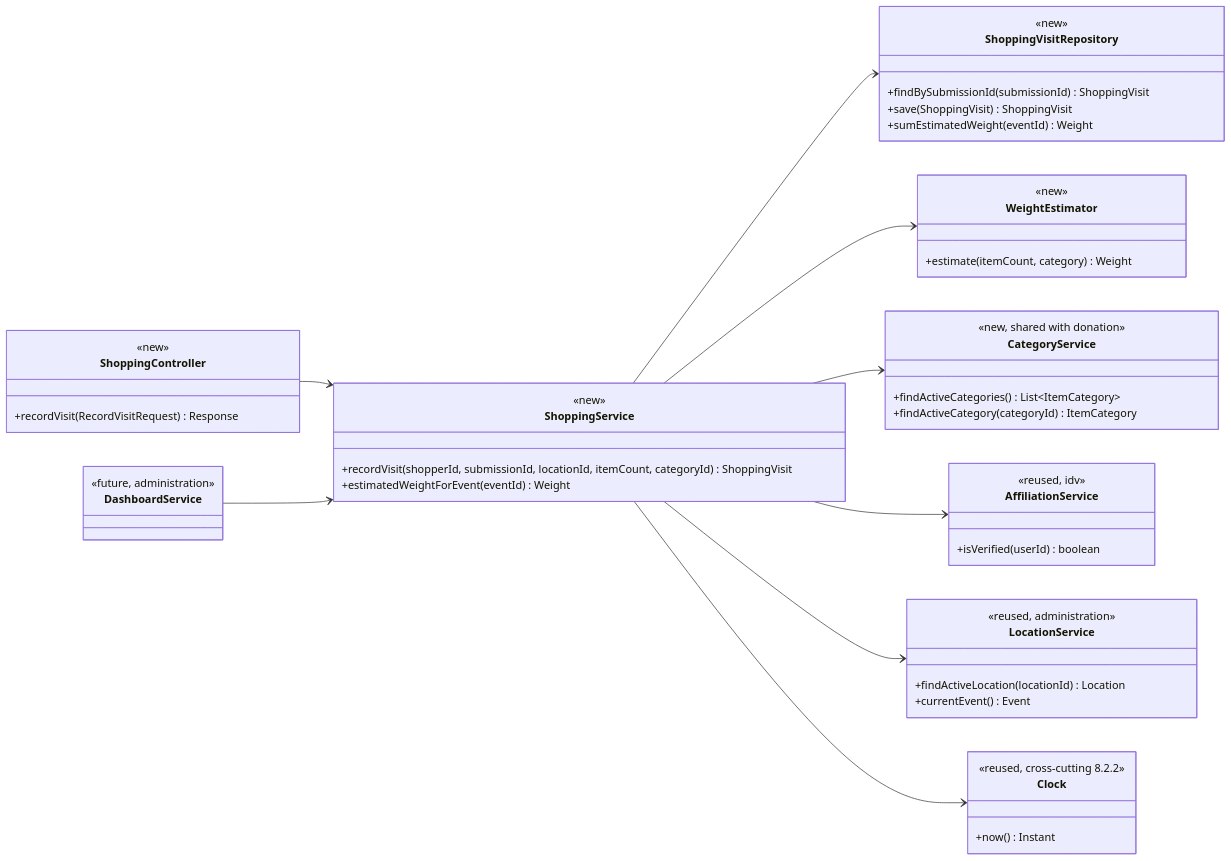
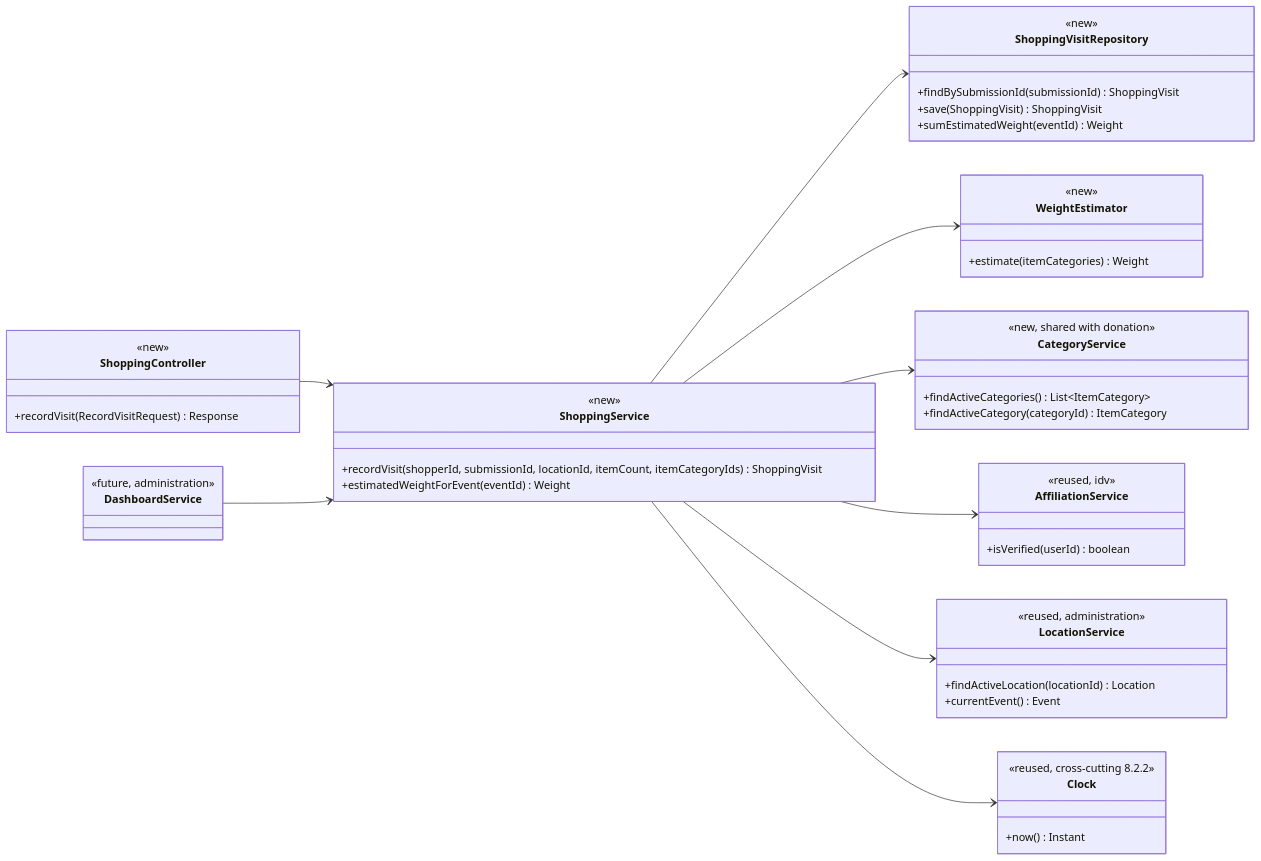
Before and after one commit to evelyntrann/cosc-40943-team-3-refrog: the first of 3 diagrams in docs/design/shp.md, drawn with Mermaid. The commit also changed other lines of this file, not shown here.

Commit message:
Changing the use case for shopper area to have category as a required field

````diff
--- a/docs/design/shp.md
+++ b/docs/design/shp.md
@@ -64,52 +64,52 @@
 ```mermaid
 classDiagram
     direction LR
     class ShoppingController {
         <<new>>
         +recordVisit(RecordVisitRequest) Response
     }
     class ShoppingService {
         <<new>>
-        +recordVisit(shopperId, submissionId, locationId, itemCount, categoryId) ShoppingVisit
+        +recordVisit(shopperId, submissionId, locationId, itemCount, itemCategoryIds) ShoppingVisit
         +estimatedWeightForEvent(eventId) Weight
     }
     class WeightEstimator {
         <<new>>
-        +estimate(itemCount, category) Weight
+        +estimate(itemCategories) Weight
     }
     class ShoppingVisitRepository {
         <<new>>
         +findBySubmissionId(submissionId) ShoppingVisit
         +save(ShoppingVisit) ShoppingVisit
         +sumEstimatedWeight(eventId) Weight
     }
     class CategoryService {
         <<new, shared with donation>>
         +findActiveCategories() List~ItemCategory~
         +findActiveCategory(categoryId) ItemCategory
     }
     class AffiliationService {
         <<reused, idv>>
         +isVerified(userId) boolean
     }
     class LocationService {
         <<reused, administration>>
         +findActiveLocation(locationId) Location
         +currentEvent() Event
     }
     class Clock {
         <<reused, cross-cutting 8.2.2>>
         +now() Instant
     }
     class DashboardService {
         <<future, administration>>
     }
     ShoppingController --> ShoppingService
     ShoppingService --> ShoppingVisitRepository
     ShoppingService --> WeightEstimator
     ShoppingService --> CategoryService
     ShoppingService --> AffiliationService
     ShoppingService --> LocationService
     ShoppingService --> Clock
     DashboardService --> ShoppingService
 ```
````
